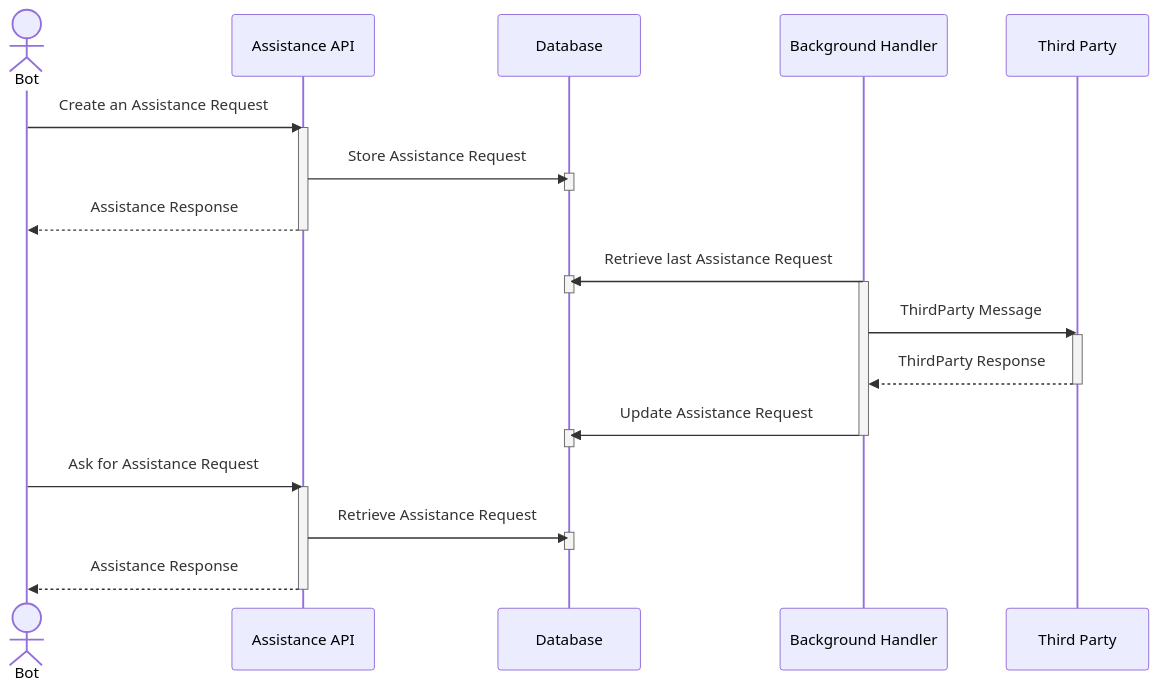
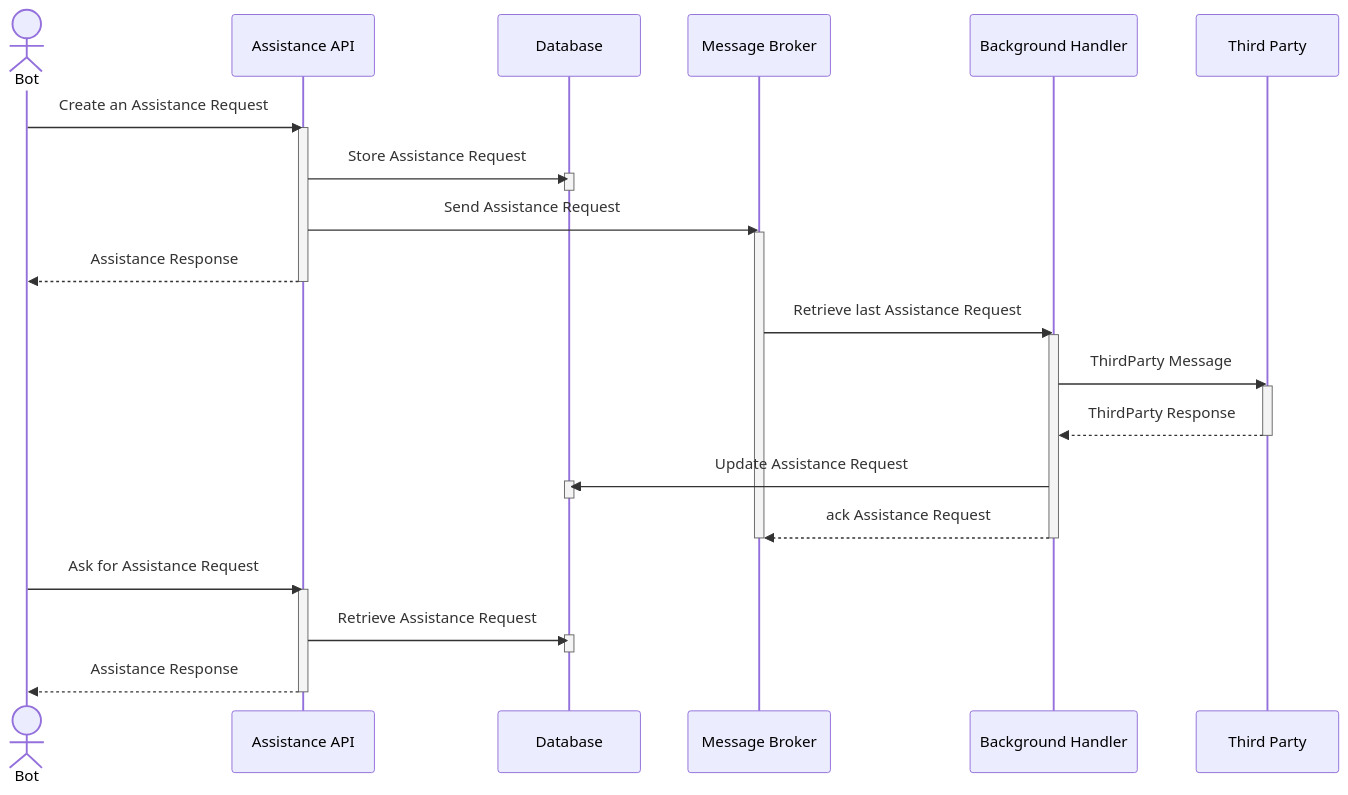
The second of 4 diagrams in docs/README.md (aseguragonzalez/backend-challenge), drawn with Mermaid before and after one commit. The commit also changed other lines of this file and 3 other files, not shown here.

````diff
--- a/docs/README.md
+++ b/docs/README.md
@@ -72,36 +68,38 @@
 ```mermaid
 sequenceDiagram
     actor Bot
     participant api as Assistance API
     participant db as Database
+    participant mb as Message Broker
     participant bh as Background Handler
     participant tp as Third Party
 
     Bot->>api: Create an Assistance Request
     activate api
     api->>db: Store Assistance Request
     activate db
     deactivate db
+    api->>mb: Send Assistance Request
+    activate mb
     api-->>Bot: Assistance Response
     deactivate api
-    bh->>db: Retrieve last Assistance Request
-    activate db
-    deactivate db
+    mb->>bh: Retrieve last Assistance Request
     activate bh
     bh->>tp: ThirdParty Message
     activate tp
     tp-->>bh: ThirdParty Response
     deactivate tp
     bh->>db: Update Assistance Request
     activate db
     deactivate db
+    bh-->>mb: ack Assistance Request
+    deactivate mb
     deactivate bh
-
     Bot->>api: Ask for Assistance Request
     activate api
     api->>db: Retrieve Assistance Request
     activate db
     deactivate db
     api-->>Bot: Assistance Response
     deactivate api
 ```
````
